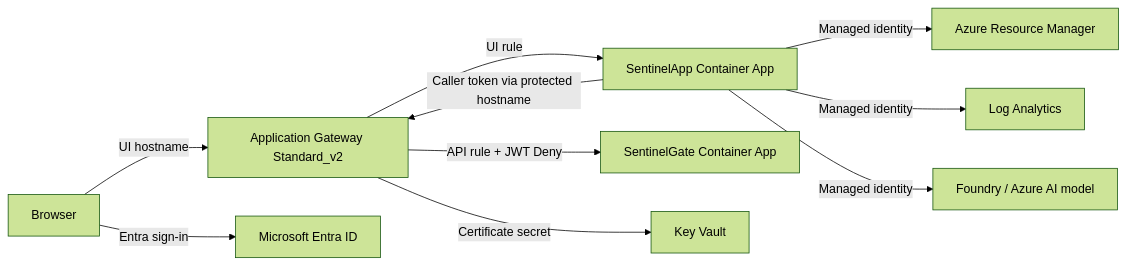
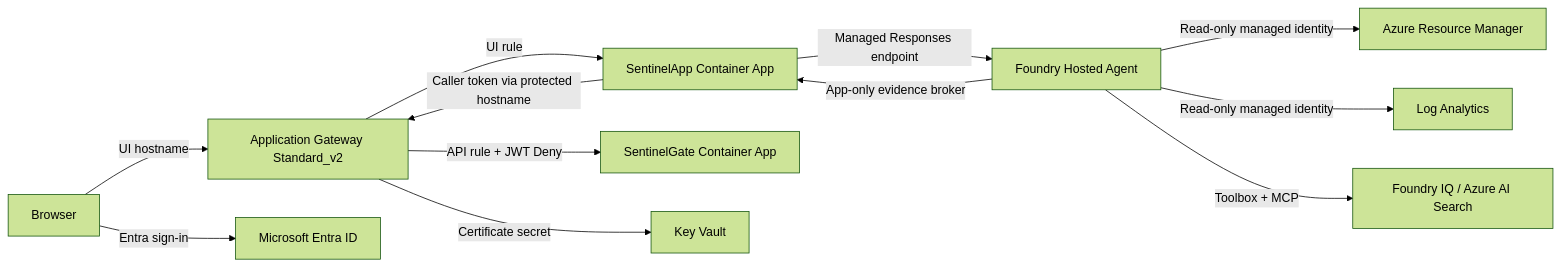
The diagram in docs/ARCHITECTURE.md (passadis/jwt-guard-v2), drawn with Mermaid (forest theme) before and after one commit. The commit also changed other lines of this file and 21 other files, not shown here.

````diff
--- a/docs/ARCHITECTURE.md
+++ b/docs/ARCHITECTURE.md
@@ -11,12 +11,14 @@
 ```mermaid
 flowchart LR
     U[Browser] -->|UI hostname| GW[Application Gateway Standard_v2]
     U -->|Entra sign-in| E[Microsoft Entra ID]
     GW -->|UI rule| APP[SentinelApp Container App]
     APP -->|Caller token via protected hostname| GW
     GW -->|API rule + JWT Deny| GATE[SentinelGate Container App]
-    APP -->|Managed identity| ARM[Azure Resource Manager]
-    APP -->|Managed identity| LAW[Log Analytics]
-    APP -->|Managed identity| AI[Foundry / Azure AI model]
+    APP -->|Managed Responses endpoint| HA[Foundry Hosted Agent]
+    HA -->|Read-only managed identity| ARM[Azure Resource Manager]
+    HA -->|Read-only managed identity| LAW[Log Analytics]
+    HA -->|Toolbox + MCP| IQ[Foundry IQ / Azure AI Search]
+    HA -->|App-only evidence broker| APP
     GW -->|Certificate secret| KV[Key Vault]
 ```
````
